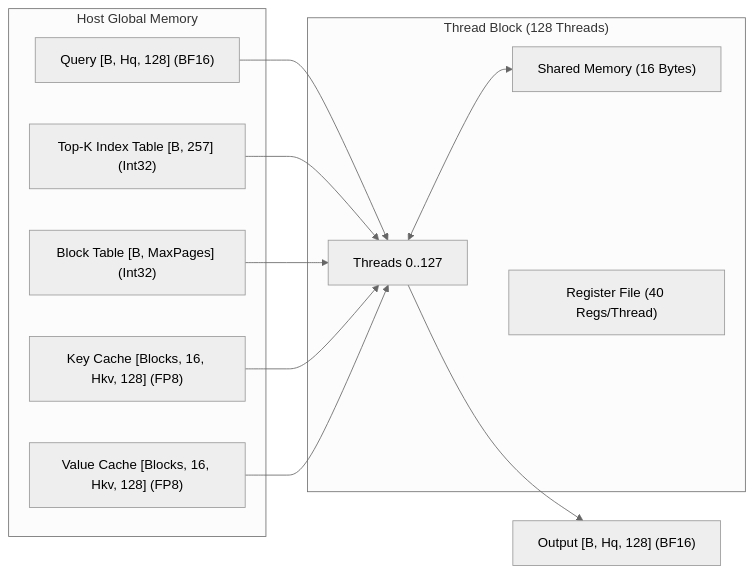
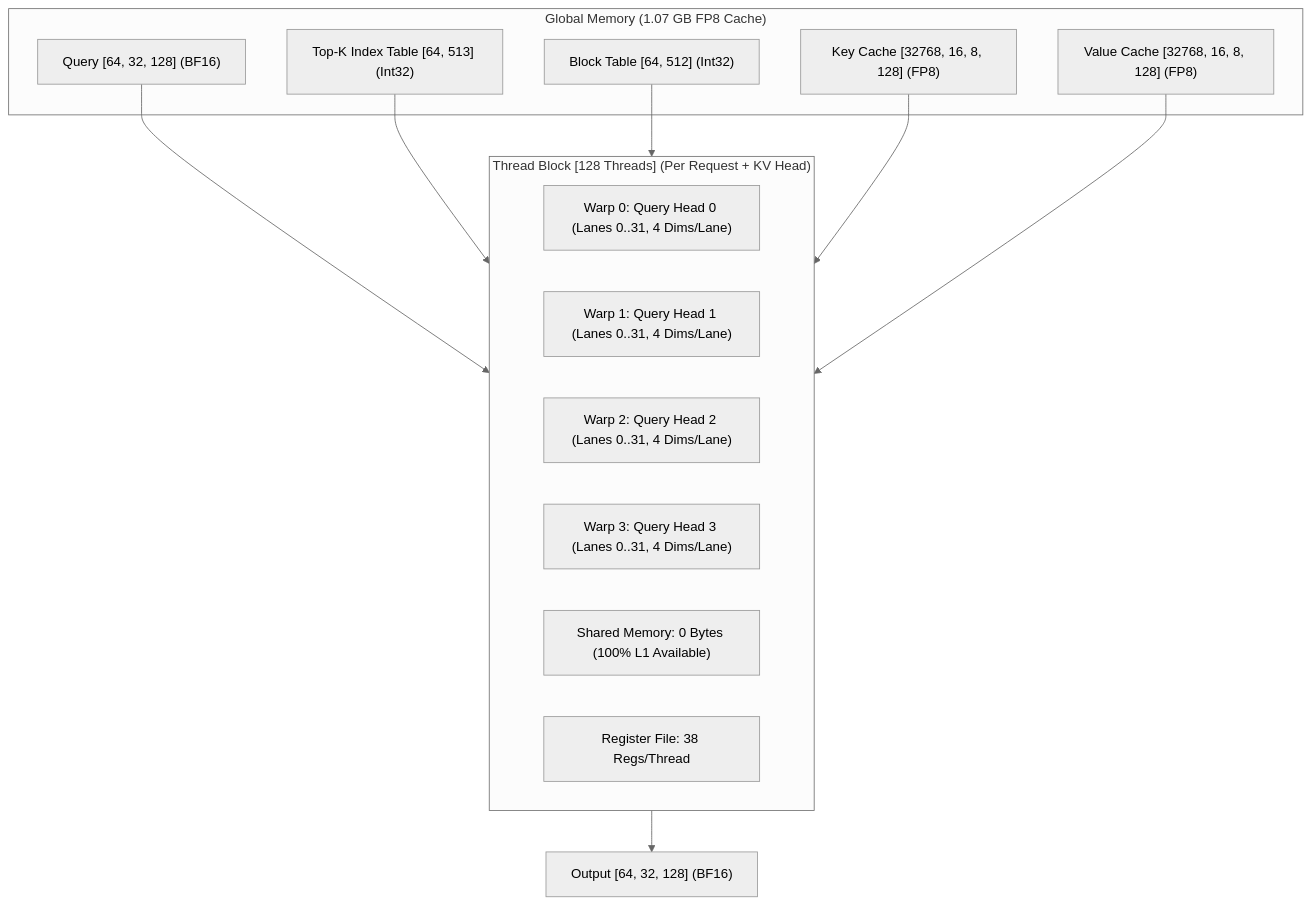
The diagram in wrtiteup.md (Ammar-Alnagar/QSA-FP8-SM89), drawn with Mermaid (neutral theme) before and after one commit. The commit also changed other lines of this file and 2 other files, not shown here.

````diff
--- a/wrtiteup.md
+++ b/wrtiteup.md
@@ -44,24 +50,26 @@
 ```mermaid
-flowchart LR
-    subgraph Host ["Host Global Memory"]
-        Q["Query [B, Hq, 128] (BF16)"]
-        K["Key Cache [Blocks, 16, Hkv, 128] (FP8)"]
-        V["Value Cache [Blocks, 16, Hkv, 128] (FP8)"]
-        IDX["Top-K Index Table [B, 257] (Int32)"]
-        BT["Block Table [B, MaxPages] (Int32)"]
+flowchart TD
+    subgraph Host ["Global Memory (1.07 GB FP8 Cache)"]
+        Q["Query [64, 32, 128] (BF16)"]
+        K["Key Cache [32768, 16, 8, 128] (FP8)"]
+        V["Value Cache [32768, 16, 8, 128] (FP8)"]
+        IDX["Top-K Index Table [64, 513] (Int32)"]
+        BT["Block Table [64, 512] (Int32)"]
     end
 
-    subgraph CTA ["Thread Block (128 Threads)"]
-        T["Threads 0..127"]
-        SMEM["Shared Memory (16 Bytes)"]
-        RF["Register File (40 Regs/Thread)"]
+    subgraph CTA ["Thread Block [128 Threads] (Per Request + KV Head)"]
+        W0["Warp 0: Query Head 0 (Lanes 0..31, 4 Dims/Lane)"]
+        W1["Warp 1: Query Head 1 (Lanes 0..31, 4 Dims/Lane)"]
+        W2["Warp 2: Query Head 2 (Lanes 0..31, 4 Dims/Lane)"]
+        W3["Warp 3: Query Head 3 (Lanes 0..31, 4 Dims/Lane)"]
+        SMEM["Shared Memory: 0 Bytes (100% L1 Available)"]
+        RF["Register File: 38 Regs/Thread"]
     end
 
-    Q --> T
-    IDX --> T
-    BT --> T
-    K --> T
-    V --> T
-    T <--> SMEM
-    T --> OUT["Output [B, Hq, 128] (BF16)"]
+    Q --> CTA
+    IDX --> CTA
+    BT --> CTA
+    K --> CTA
+    V --> CTA
+    CTA --> OUT["Output [64, 32, 128] (BF16)"]
 ```
````
